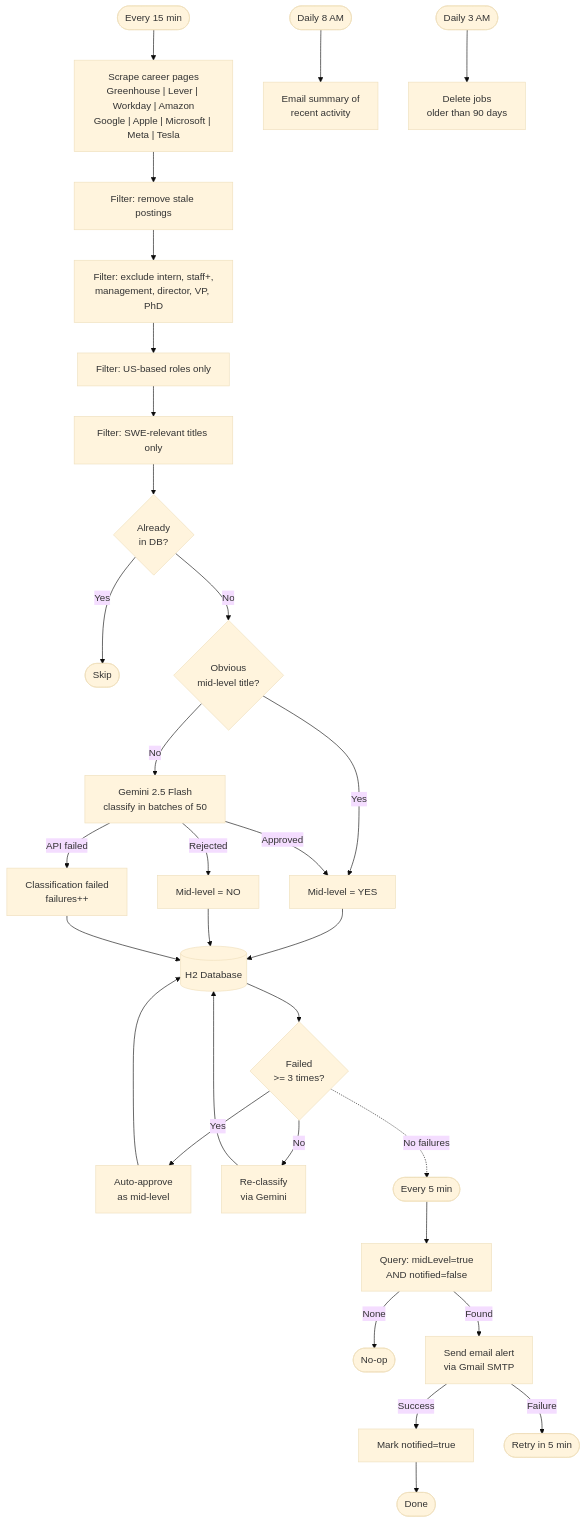
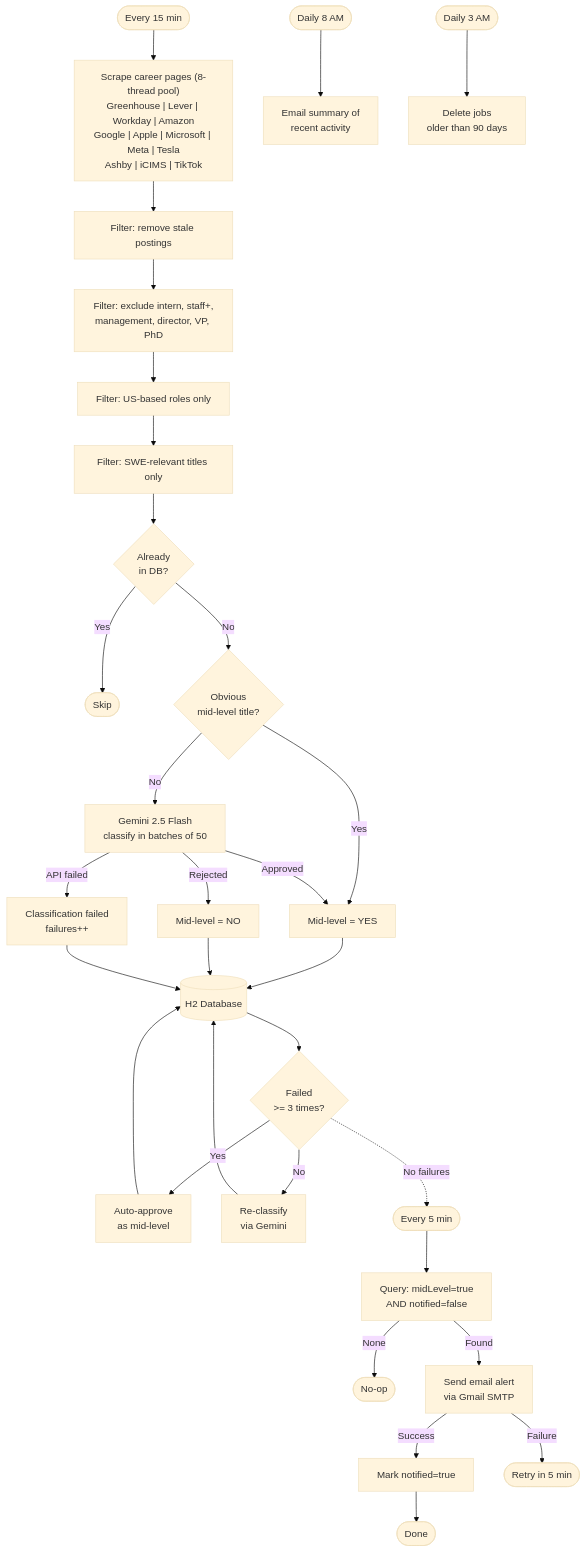
The diagram in README.md (jy732/swe-job-notifier), drawn with Mermaid (base theme) before and after one commit. The commit also changed other lines of this file, not shown here.

````diff
--- a/README.md
+++ b/README.md
@@ -19,32 +19,32 @@
 ```mermaid
 flowchart TD
-    START(["Every 15 min"]) --> SCRAPE["Scrape career pages\nGreenhouse | Lever | Workday | Amazon\nGoogle | Apple | Microsoft | Meta | Tesla"]
+    START(["Every 15 min"]) --> SCRAPE["Scrape career pages (8-thread pool)\nGreenhouse | Lever | Workday | Amazon\nGoogle | Apple | Microsoft | Meta | Tesla\nAshby | iCIMS | TikTok"]
     SCRAPE --> FRESH["Filter: remove stale postings"]
     FRESH --> EXCLUDE["Filter: exclude intern, staff+,\nmanagement, director, VP, PhD"]
     EXCLUDE --> LOCATION["Filter: US-based roles only"]
     LOCATION --> SWE["Filter: SWE-relevant titles only"]
     SWE --> DEDUP{"Already\nin DB?"}
     DEDUP -- Yes --> SKIP([Skip])
     DEDUP -- No --> AUTO{"Obvious\nmid-level title?"}
     AUTO -- Yes --> APPROVED["Mid-level = YES"]
     AUTO -- No --> GEMINI["Gemini 2.5 Flash\nclassify in batches of 50"]
     GEMINI -- Approved --> APPROVED
     GEMINI -- Rejected --> REJECTED["Mid-level = NO"]
     GEMINI -- API failed --> FAILED["Classification failed\nfailures++"]
     APPROVED --> DB[("H2 Database")]
     REJECTED --> DB
     FAILED --> DB
     DB --> RETRYCHECK{"Failed\n>= 3 times?"}
     RETRYCHECK -- Yes --> FALLBACK["Auto-approve\nas mid-level"] --> DB
     RETRYCHECK -- No --> REGEMINI["Re-classify\nvia Gemini"] --> DB
     RETRYCHECK -. No failures .-> SCANSTART
 
     SCANSTART(["Every 5 min"]) --> QUERY["Query: midLevel=true\nAND notified=false"]
     QUERY -- None --> NOP([No-op])
     QUERY -- Found --> EMAIL["Send email alert\nvia Gmail SMTP"]
     EMAIL -- Success --> MARK["Mark notified=true"] --> DONE([Done])
     EMAIL -- Failure --> RETRY_EMAIL(["Retry in 5 min"])
 
     DAILY1(["Daily 8 AM"]) --> SUMMARY["Email summary of\nrecent activity"]
     DAILY2(["Daily 3 AM"]) --> CLEANUP["Delete jobs\nolder than 90 days"]
 ```
````
